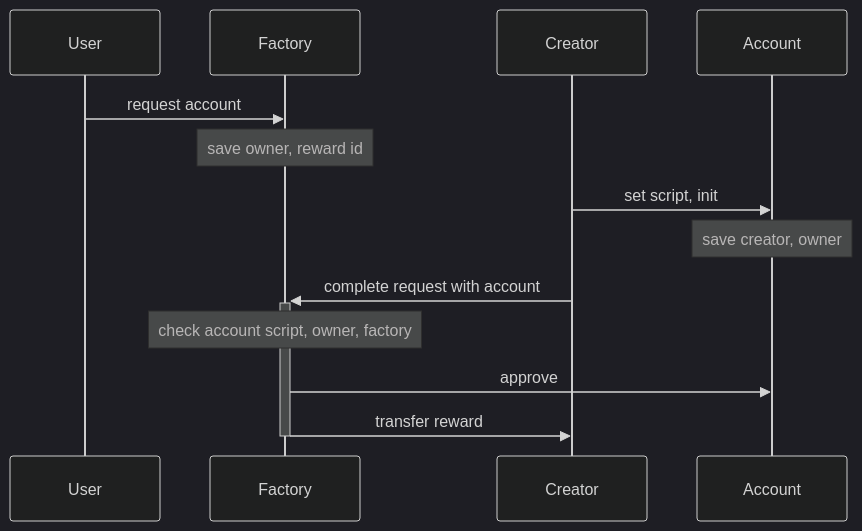
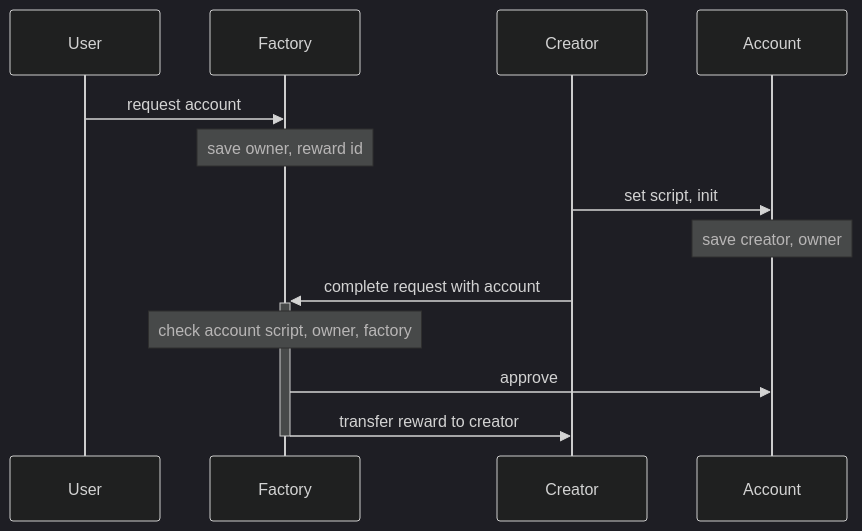
The first of 2 diagrams in ride/grid-trading/info.md (waves-exchange/contracts), drawn with Mermaid (dark theme) before and after one commit.

Commit message:
info fix

````diff
--- a/ride/grid-trading/info.md
+++ b/ride/grid-trading/info.md
@@ -17,11 +17,11 @@
 ```mermaid
 sequenceDiagram
   User ->> Factory: request account
   Note over Factory: save owner, reward id
   Creator ->> Account: set script, init
   Note over Account: save creator, owner
   Creator ->>+ Factory: complete request with account
   Note over Factory: check account script, owner, factory
   Factory ->> Account: approve
-  Factory ->>- Creator: transfer reward
+  Factory ->>- Creator: transfer reward to creator
 ```
````
